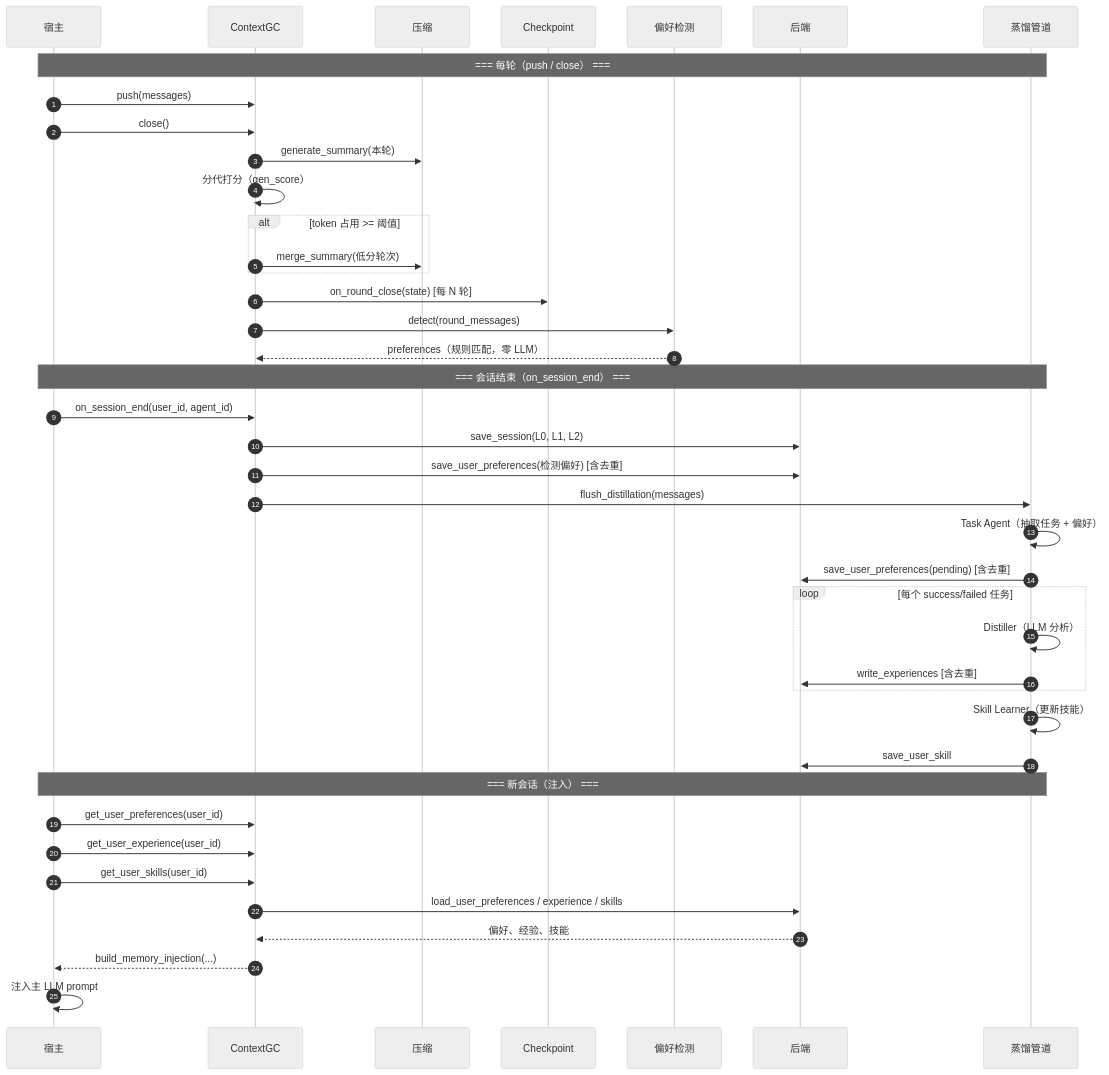
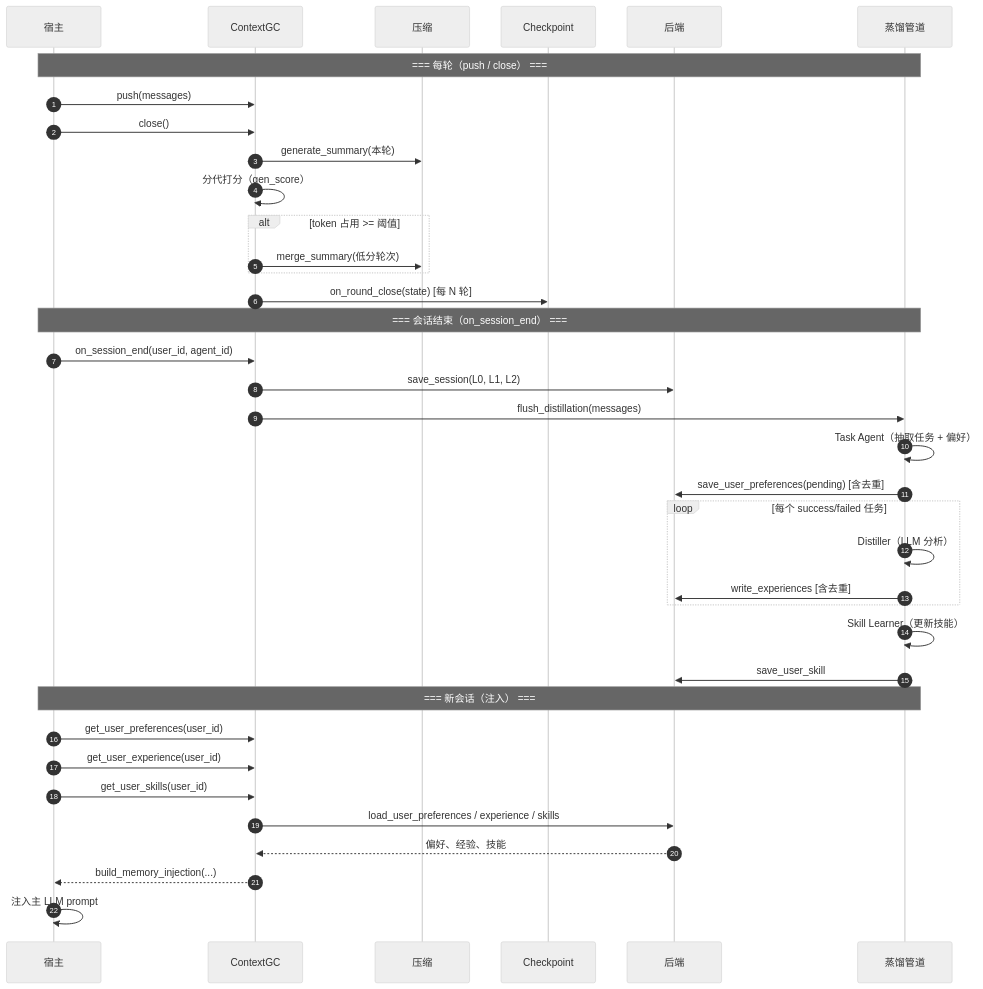
One commit to 4XII-Khan/Context-GC changed the diagram in README.zh-CN.md. Above: the diagram before and after it, drawn with Mermaid (neutral theme). The commit also changed other lines of this file and 50 other files, not shown here.

````diff
--- a/README.zh-CN.md
+++ b/README.zh-CN.md
@@ -199,44 +201,40 @@
 ```mermaid
 sequenceDiagram
     autonumber
     participant Host as 宿主
     participant ContextGC
     participant Compaction as 压缩
     participant Checkpoint
-    participant PrefDetector as 偏好检测
     participant Backend as 后端
     participant Distillation as 蒸馏管道
 
     Note over Host,Distillation: === 每轮（push / close） ===
     Host->>ContextGC: push(messages)
     Host->>ContextGC: close()
     ContextGC->>Compaction: generate_summary(本轮)
     ContextGC->>ContextGC: 分代打分（gen_score）
     alt token 占用 >= 阈值
         ContextGC->>Compaction: merge_summary(低分轮次)
     end
     ContextGC->>Checkpoint: on_round_close(state) [每 N 轮]
-    ContextGC->>PrefDetector: detect(round_messages)
-    PrefDetector-->>ContextGC: preferences（规则匹配，零 LLM）
     Note over Host,Distillation: === 会话结束（on_session_end） ===
     Host->>ContextGC: on_session_end(user_id, agent_id)
     ContextGC->>Backend: save_session(L0, L1, L2)
-    ContextGC->>Backend: save_user_preferences(检测偏好) [含去重]
     ContextGC->>Distillation: flush_distillation(messages)
     Distillation->>Distillation: Task Agent（抽取任务 + 偏好）
     Distillation->>Backend: save_user_preferences(pending) [含去重]
     loop 每个 success/failed 任务
         Distillation->>Distillation: Distiller（LLM 分析）
         Distillation->>Backend: write_experiences [含去重]
     end
     Distillation->>Distillation: Skill Learner（更新技能）
     Distillation->>Backend: save_user_skill
     Note over Host,Distillation: === 新会话（注入） ===
     Host->>ContextGC: get_user_preferences(user_id)
     Host->>ContextGC: get_user_experience(user_id)
     Host->>ContextGC: get_user_skills(user_id)
     ContextGC->>Backend: load_user_preferences / experience / skills
     Backend-->>ContextGC: 偏好、经验、技能
     ContextGC-->>Host: build_memory_injection(...)
     Host->>Host: 注入主 LLM prompt
 ```
````
